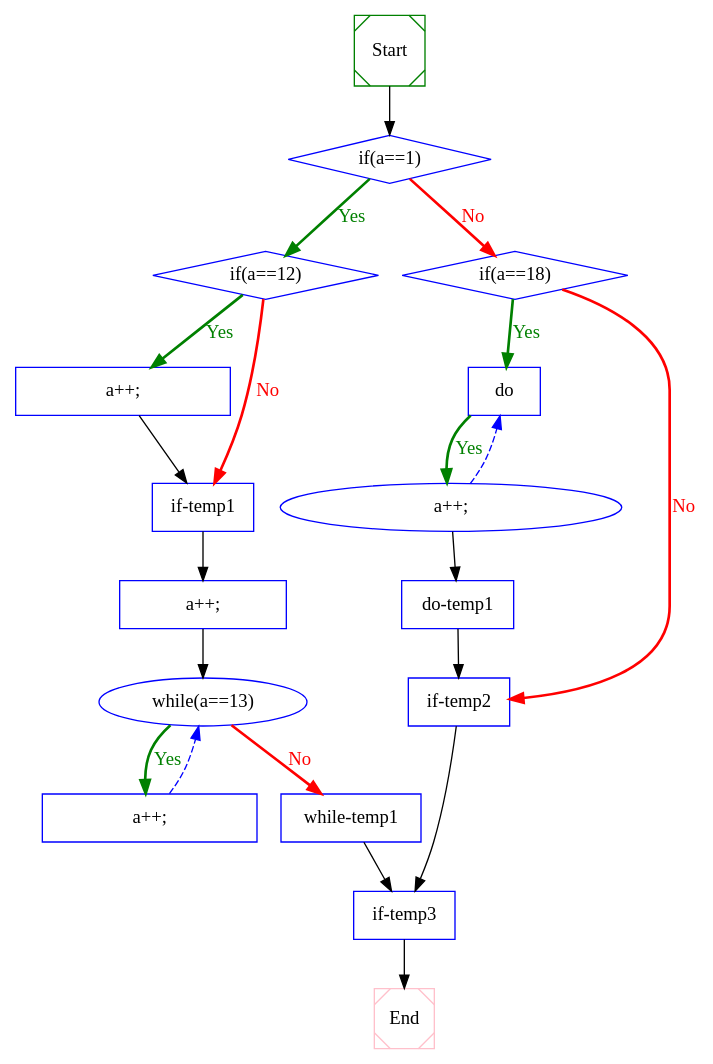
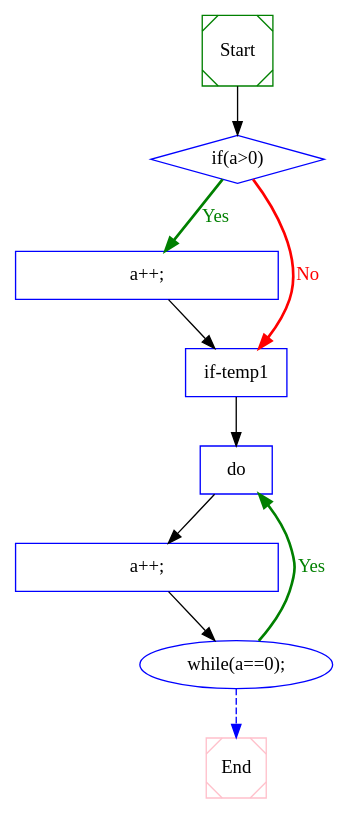
The diagram in out/test.dot (Naplues/Static-Analysis), drawn with Graphviz before and after one commit. The commit also changed 7 other files, not shown here.

```diff
--- a/out/test.dot
+++ b/out/test.dot
@@ -1,54 +1,27 @@
 digraph CFG {
  1  [shape = Msquare, color = green, label = "Start", ]
- 2  [shape = diamond, color = blue, label = "if(a==1) ", ]
- 3  [shape = diamond, color = blue, label = "if(a==12) ", ]
- 4  [shape = box, color = blue, label = "			a++;", ]
- 5  [shape = box, color = blue, label = "if-temp1", ]
- 6  [shape = box, color = blue, label = "		a++;", ]
- 7  [shape = ellipse, color = blue, label = "while(a==13) ", ]
- 8  [shape = box, color = blue, label = "			a++;", ]
- 9  [shape = box, color = blue, label = "while-temp1", ]
- 10  [shape = diamond, color = blue, label = "if(a==18) ", ]
- 11  [shape = box, color = blue, label = "do ", ]
- 12  [shape = ellipse, color = blue, label = "				a++;", ]
- 13  [shape = box, color = blue, label = "do-temp1", ]
- 14  [shape = box, color = blue, label = "if-temp2", ]
- 15  [shape = box, color = blue, label = "if-temp3", ]
- 16  [shape = Msquare, color = pink, label = "End", ]
+ 2  [shape = diamond, color = blue, label = "if(a>0) ", ]
+ 3  [shape = box, color = blue, label = "				a++;", ]
+ 4  [shape = box, color = blue, label = "if-temp1", ]
+ 5  [shape = box, color = blue, label = "do ", ]
+ 6  [shape = box, color = blue, label = "				a++;", ]
+ 7  [shape = ellipse, color = blue, label = "while(a==0);", ]
+ 8  [shape = Msquare, color = pink, label = "End", ]
  1  ->  2  [style = solid, label="", fillcolor = black, color = black, fontcolor = black]
 
- 2  ->  10  [style = bold, label="No", fillcolor = red, color = red, fontcolor = red]
+ 2  ->  4  [style = bold, label="No", fillcolor = red, color = red, fontcolor = red]
  2  ->  3  [style = bold, label="Yes", fillcolor = green, color = green, fontcolor = green]
 
- 3  ->  5  [style = bold, label="No", fillcolor = red, color = red, fontcolor = red]
- 3  ->  4  [style = bold, label="Yes", fillcolor = green, color = green, fontcolor = green]
+ 3  ->  4  [style = solid, label="", fillcolor = black, color = black, fontcolor = black]
 
  4  ->  5  [style = solid, label="", fillcolor = black, color = black, fontcolor = black]
 
  5  ->  6  [style = solid, label="", fillcolor = black, color = black, fontcolor = black]
 
  6  ->  7  [style = solid, label="", fillcolor = black, color = black, fontcolor = black]
 
- 7  ->  9  [style = bold, label="No", fillcolor = red, color = red, fontcolor = red]
- 7  ->  8  [style = bold, label="Yes", fillcolor = green, color = green, fontcolor = green]
-
- 8  ->  7  [style = dashed, label="", fillcolor = blue, color = blue, fontcolor = blue]
-
- 9  ->  15  [style = solid, label="", fillcolor = black, color = black, fontcolor = black]
-
- 10  ->  14  [style = bold, label="No", fillcolor = red, color = red, fontcolor = red]
- 10  ->  11  [style = bold, label="Yes", fillcolor = green, color = green, fontcolor = green]
-
- 11  ->  12  [style = bold, label="Yes", fillcolor = green, color = green, fontcolor = green]
-
- 12  ->  11  [style = dashed, label="", fillcolor = blue, color = blue, fontcolor = blue]
- 12  ->  13  [style = solid, label="", fillcolor = black, color = black, fontcolor = black]
-
- 13  ->  14  [style = solid, label="", fillcolor = black, color = black, fontcolor = black]
-
- 14  ->  15  [style = solid, label="", fillcolor = black, color = black, fontcolor = black]
-
- 15  ->  16  [style = solid, label="", fillcolor = black, color = black, fontcolor = black]
+ 7  ->  8  [style = dashed, label="", fillcolor = blue, color = blue, fontcolor = blue]
+ 7  ->  5  [style = bold, label="Yes", fillcolor = green, color = green, fontcolor = green]
 
 
 }
```
